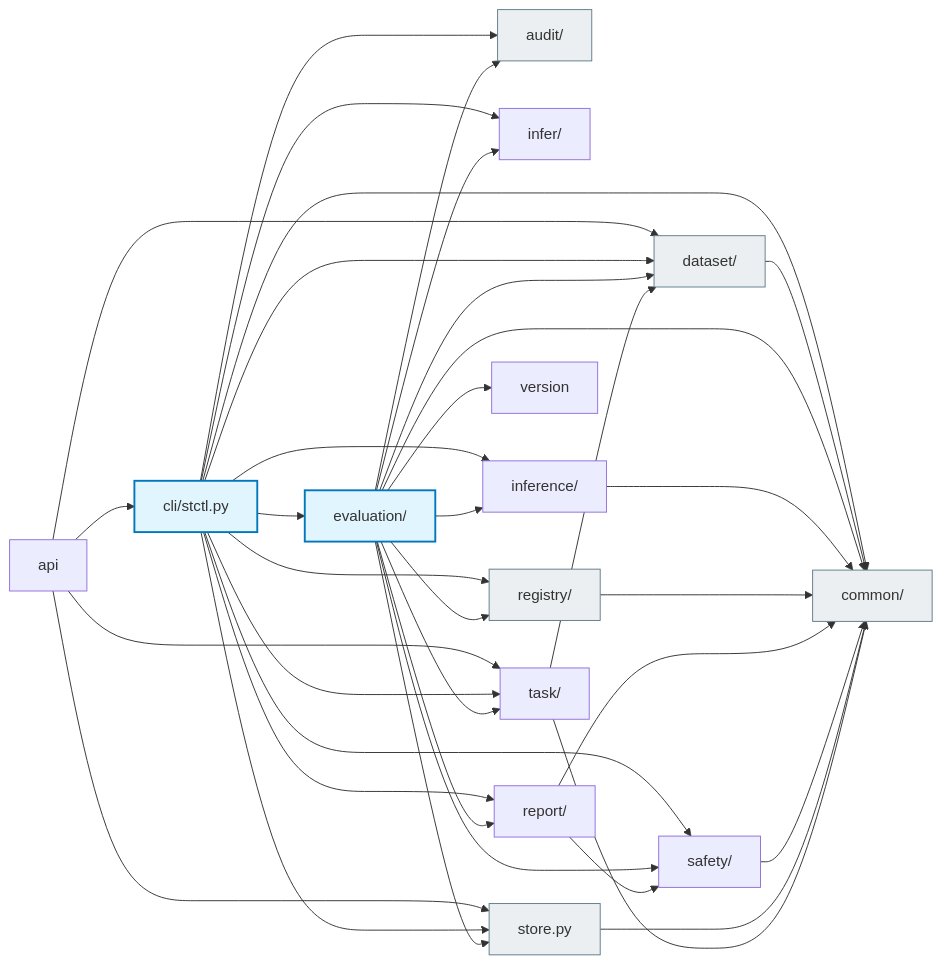
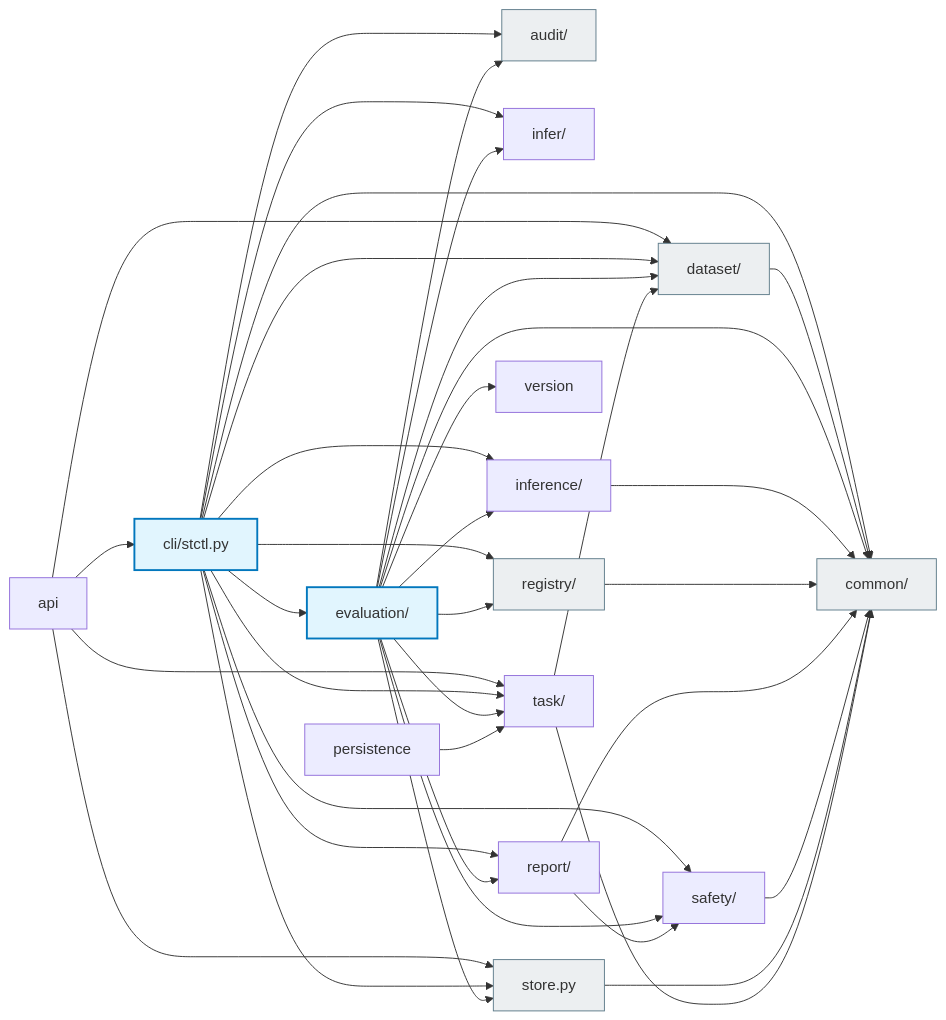
Before and after one commit to buhaiqing/SynthTrial: the fourth of 4 diagrams in docs/design.md, drawn with Mermaid. The commit also changed 8 other files, not shown here.

````diff
--- a/docs/design.md
+++ b/docs/design.md
@@ -398,58 +398,60 @@
 ```mermaid
 flowchart LR
     N_API["api"]
     N_AUDIT["audit/"]
     N_CLI["cli/stctl.py"]
     N_COMMON["common/"]
     N_DATASET["dataset/"]
     N_EVALUATION["evaluation/"]
     N_INFER["infer/"]
     N_INFERENCE["inference/"]
+    N_PERSISTENCE["persistence"]
     N_REGISTRY["registry/"]
     N_REPORT["report/"]
     N_SAFETY["safety/"]
     N_STORE["store.py"]
     N_TASK["task/"]
     N_VERSION["version"]
 
     N_API --> N_CLI
     N_API --> N_DATASET
     N_API --> N_STORE
     N_API --> N_TASK
     N_CLI --> N_AUDIT
     N_CLI --> N_COMMON
     N_CLI --> N_DATASET
     N_CLI --> N_EVALUATION
     N_CLI --> N_INFER
     N_CLI --> N_INFERENCE
     N_CLI --> N_REGISTRY
     N_CLI --> N_REPORT
     N_CLI --> N_SAFETY
     N_CLI --> N_STORE
     N_CLI --> N_TASK
     N_DATASET --> N_COMMON
     N_EVALUATION --> N_AUDIT
     N_EVALUATION --> N_COMMON
     N_EVALUATION --> N_DATASET
     N_EVALUATION --> N_INFER
     N_EVALUATION --> N_INFERENCE
     N_EVALUATION --> N_REGISTRY
     N_EVALUATION --> N_REPORT
     N_EVALUATION --> N_SAFETY
     N_EVALUATION --> N_STORE
     N_EVALUATION --> N_TASK
     N_EVALUATION --> N_VERSION
     N_INFERENCE --> N_COMMON
+    N_PERSISTENCE --> N_TASK
     N_REGISTRY --> N_COMMON
     N_REPORT --> N_COMMON
     N_REPORT --> N_SAFETY
     N_SAFETY --> N_COMMON
     N_STORE --> N_COMMON
     N_TASK --> N_COMMON
     N_TASK --> N_DATASET
 
     classDef orch fill:#e1f5fe,stroke:#0277bd,stroke-width:2px
     classDef leaf fill:#eceff1,stroke:#607d8b
     class N_CLI,N_EVALUATION orch
     class N_AUDIT,N_COMMON,N_DATASET,N_REGISTRY,N_STORE leaf
 ```
````
